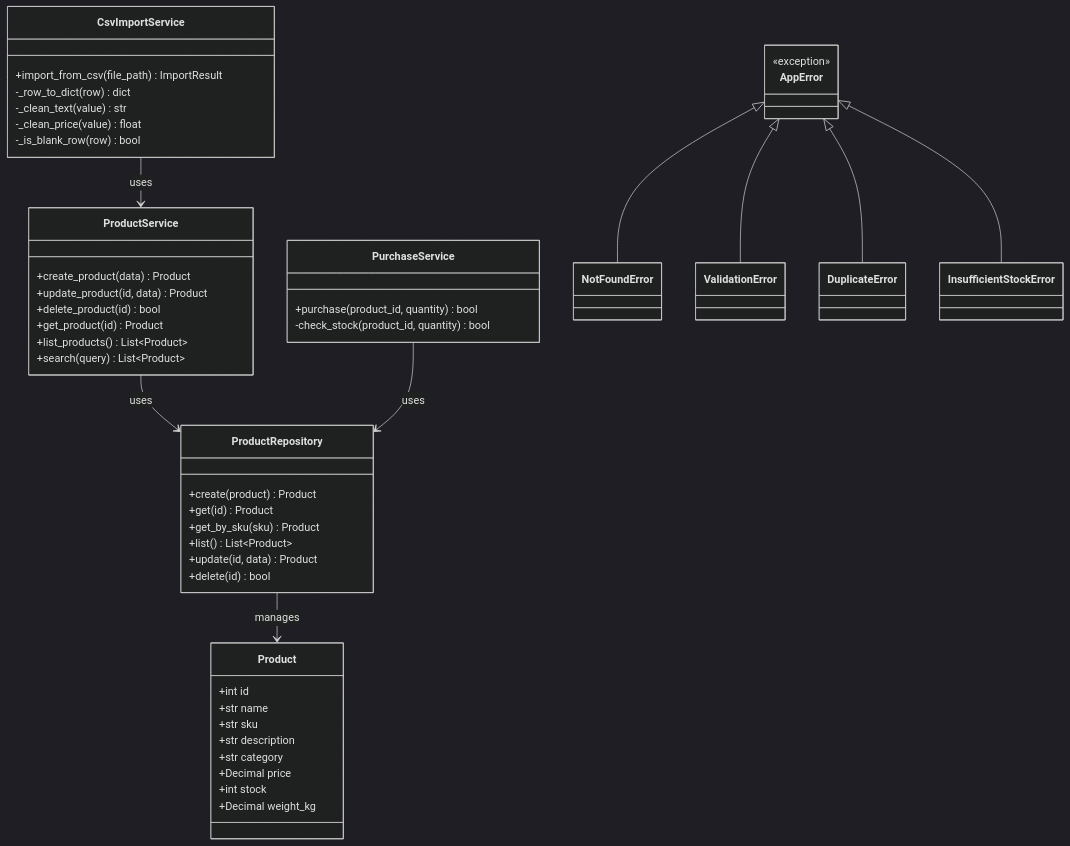
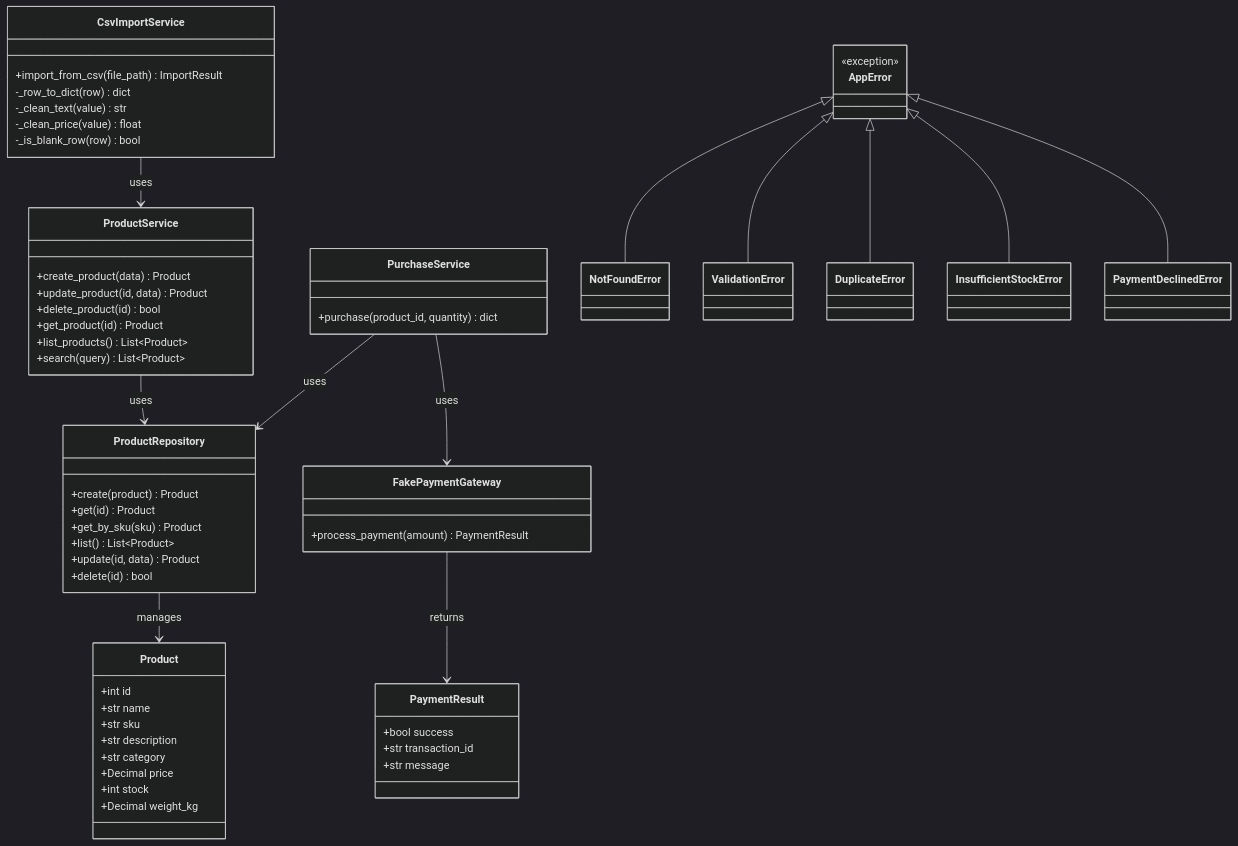
Before and after one commit to danuresti/ecommerce-challenge: the fourth of 4 diagrams in docs/Architecture.md, drawn with Mermaid (dark theme). The commit also changed other lines of this file and 3 other files, not shown here.

Commit message:
Add Purchase service and Payment Gateway. Updated required files/design accordingly to the new changes

````diff
--- a/docs/Architecture.md
+++ b/docs/Architecture.md
@@ -75,62 +84,75 @@
 ```mermaid
 classDiagram
     class Product {
         +int id
         +str name
         +str sku
         +str description
         +str category
         +Decimal price
         +int stock
         +Decimal weight_kg
     }
 
     class ProductRepository {
         +create(product) Product
         +get(id) Product
         +get_by_sku(sku) Product
         +list() List~Product~
         +update(id, data) Product
         +delete(id) bool
     }
 
     class ProductService {
         +create_product(data) Product
         +update_product(id, data) Product
         +delete_product(id) bool
         +get_product(id) Product
         +list_products() List~Product~
         +search(query) List~Product~
     }
 
     class CsvImportService {
         +import_from_csv(file_path) ImportResult
         -_row_to_dict(row) dict
         -_clean_text(value) str
         -_clean_price(value) float
         -_is_blank_row(row) bool
     }
 
     class PurchaseService {
-        +purchase(product_id, quantity) bool
-        -check_stock(product_id, quantity) bool
+        +purchase(product_id, quantity) dict
+    }
+
+    class FakePaymentGateway {
+        +process_payment(amount) PaymentResult
+    }
+
+    class PaymentResult {
+        +bool success
+        +str transaction_id
+        +str message
     }
 
     class AppError {
         <<exception>>
     }
     class NotFoundError
     class ValidationError
     class DuplicateError
     class InsufficientStockError
+    class PaymentDeclinedError
 
     AppError <|-- NotFoundError
     AppError <|-- ValidationError
     AppError <|-- DuplicateError
     AppError <|-- InsufficientStockError
+    AppError <|-- PaymentDeclinedError
 
     ProductService --> ProductRepository : uses
     CsvImportService --> ProductService : uses
     PurchaseService --> ProductRepository : uses
+    PurchaseService --> FakePaymentGateway : uses
+    FakePaymentGateway --> PaymentResult : returns
     ProductRepository --> Product : manages
 ```
````
